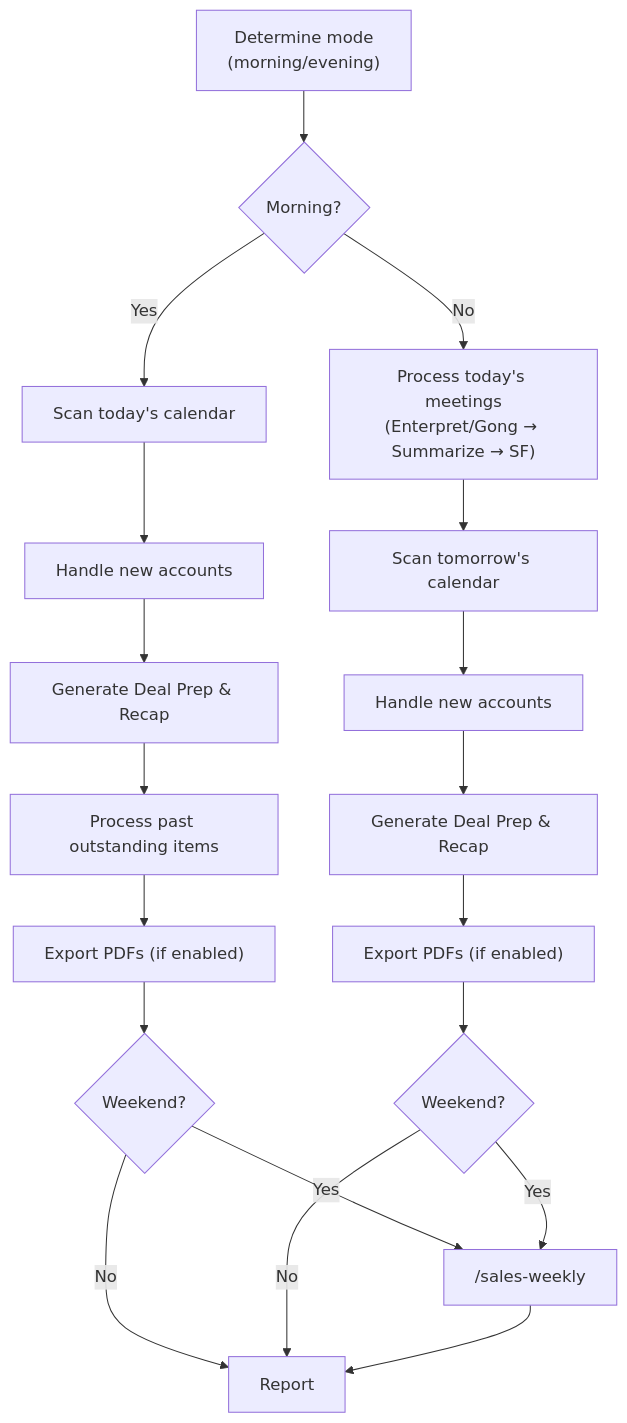
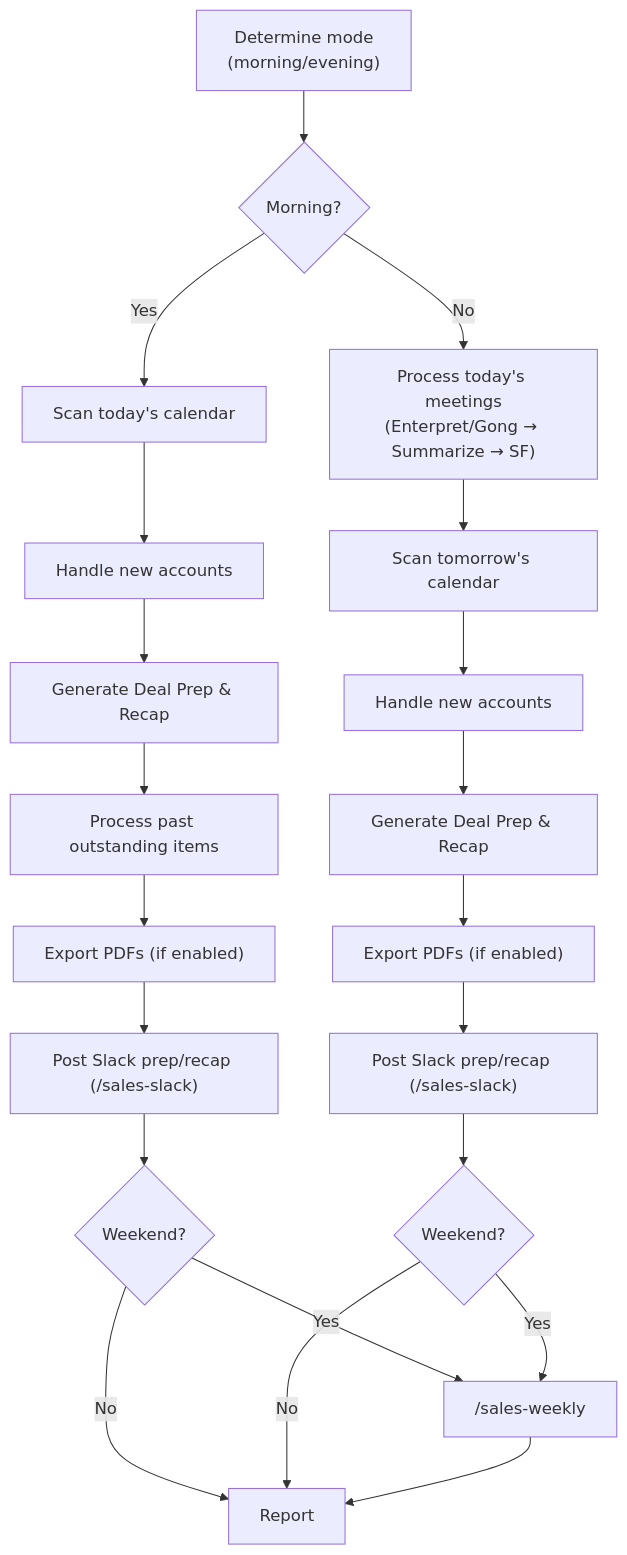
One commit to yeutterg/claude-code-sales-skills changed the third of 3 diagrams in README.md. Above: the diagram before and after it, drawn with Mermaid. The commit also changed other lines of this file and 5 other files, not shown here.

First line of the commit message:
sync: Slack-format recaps: drop details toggles, fix Business updates/Feature requests/Next structure, add /sales-slack skill, lock PoV Plan terminology

````diff
--- a/README.md
+++ b/README.md
@@ -265,24 +279,26 @@
 ```mermaid
 graph TD
     start["Determine mode<br/>(morning/evening)"] --> morning{Morning?}
     morning -->|Yes| mcal["Scan today's calendar"]
     morning -->|No| egong["Process today's meetings<br/>(Enterpret/Gong → Summarize → SF)"]
 
     mcal --> mnew["Handle new accounts"]
     mnew --> mprep["Generate Deal Prep & Recap"]
     mprep --> mpast["Process past outstanding items"]
     mpast --> mpdf["Export PDFs (if enabled)"]
-    mpdf --> mweekly{Weekend?}
+    mpdf --> mslack["Post Slack prep/recap (/sales-slack)"]
+    mslack --> mweekly{Weekend?}
 
     egong --> ecal["Scan tomorrow's calendar"]
     ecal --> enew["Handle new accounts"]
     enew --> eprep["Generate Deal Prep & Recap"]
     eprep --> epdf["Export PDFs (if enabled)"]
-    epdf --> eweekly{Weekend?}
+    epdf --> eslack["Post Slack prep/recap (/sales-slack)"]
+    eslack --> eweekly{Weekend?}
 
     mweekly -->|Yes| weekly["/sales-weekly"]
     mweekly -->|No| done["Report"]
     eweekly -->|Yes| weekly
     eweekly -->|No| done
     weekly --> done
 ```
````
